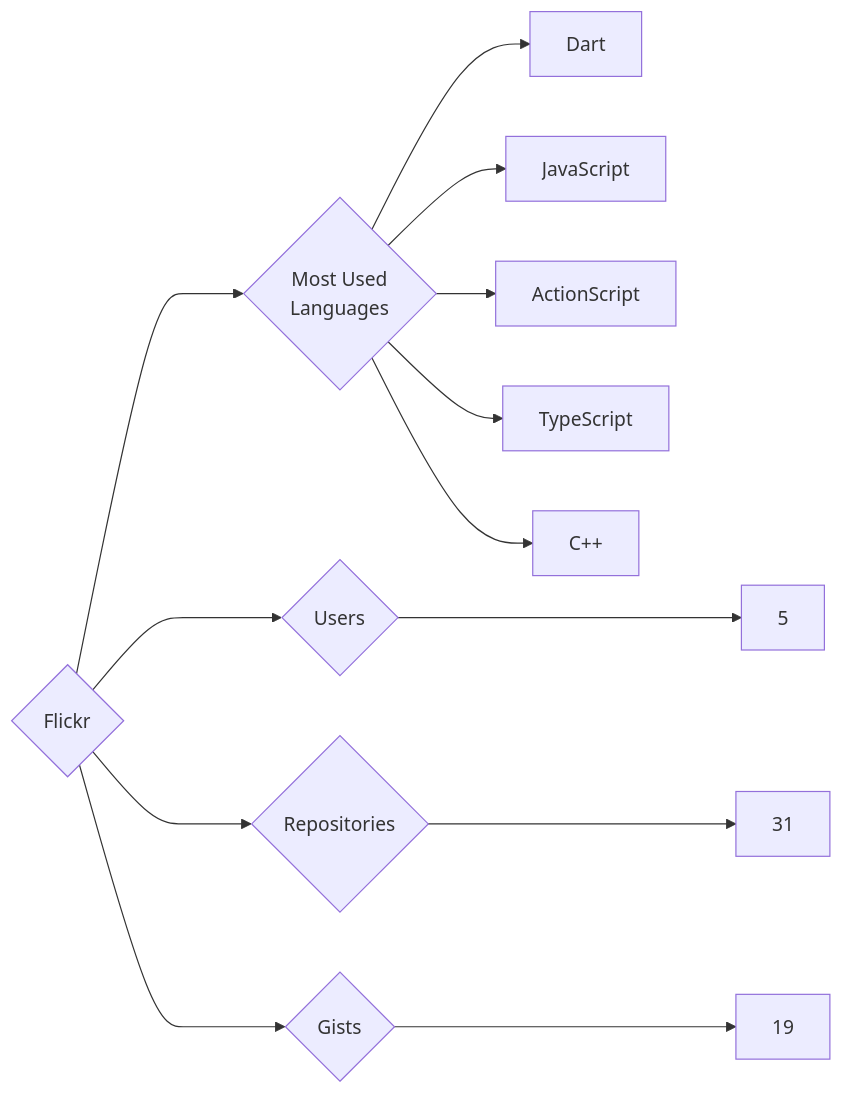
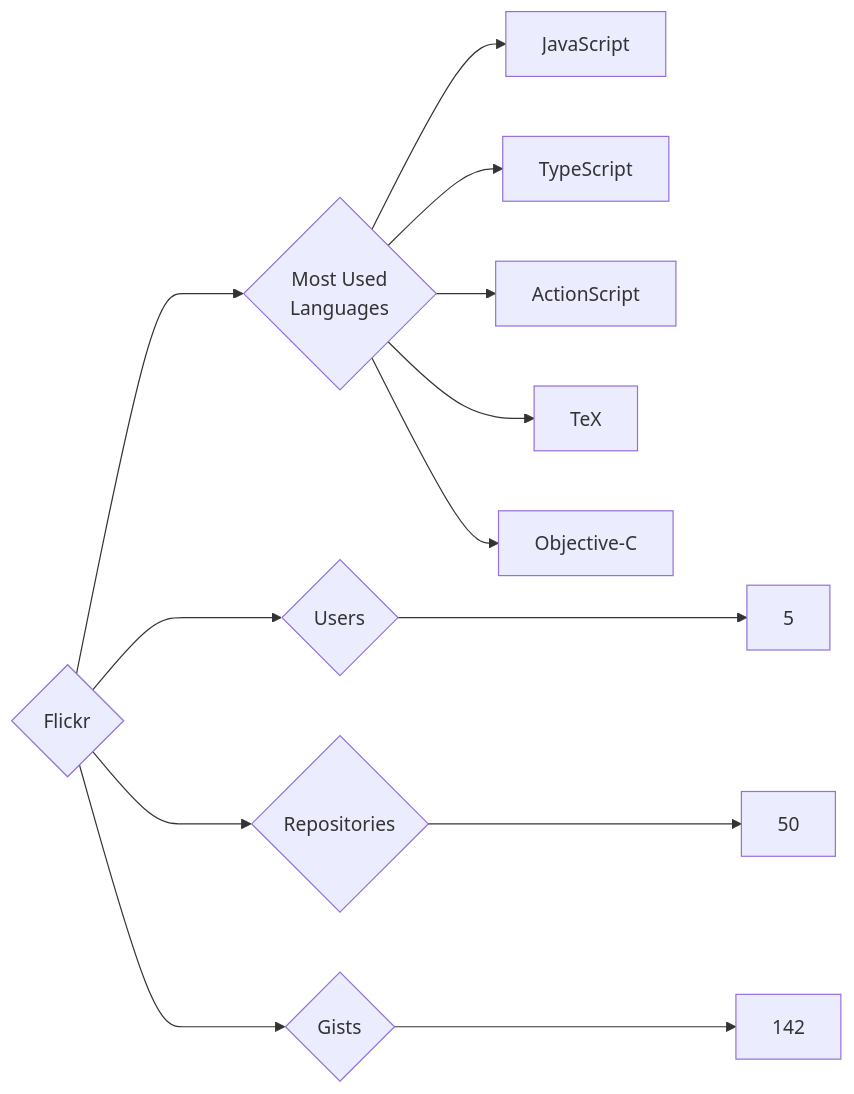
One commit to trickest/insiders changed the diagram in targets/Flickr/README.md. Above: the diagram before and after it, drawn with Mermaid. The commit also changed 1036 other files, not shown here.

````diff
--- a/targets/Flickr/README.md
+++ b/targets/Flickr/README.md
@@ -3,13 +3,13 @@
 ```mermaid
 graph LR
 COMPANY_NAME{Flickr}
 COMPANY_NAME ---> U{Users} ---> UN[5]
-COMPANY_NAME ---> R{Repositories} ---> RN[31]
-COMPANY_NAME ---> G{Gists} ---> GN[19]
+COMPANY_NAME ---> R{Repositories} ---> RN[50]
+COMPANY_NAME ---> G{Gists} ---> GN[142]
 COMPANY_NAME ---> ML{Most Used<br>Languages}
-ML --> Dart[Dart]
 ML --> JavaScript[JavaScript]
+ML --> TypeScript[TypeScript]
 ML --> ActionScript[ActionScript]
-ML --> TypeScript[TypeScript]
-ML --> C++[C++]
+ML --> TeX[TeX]
+ML --> Objective-C[Objective-C]
 ```
````
